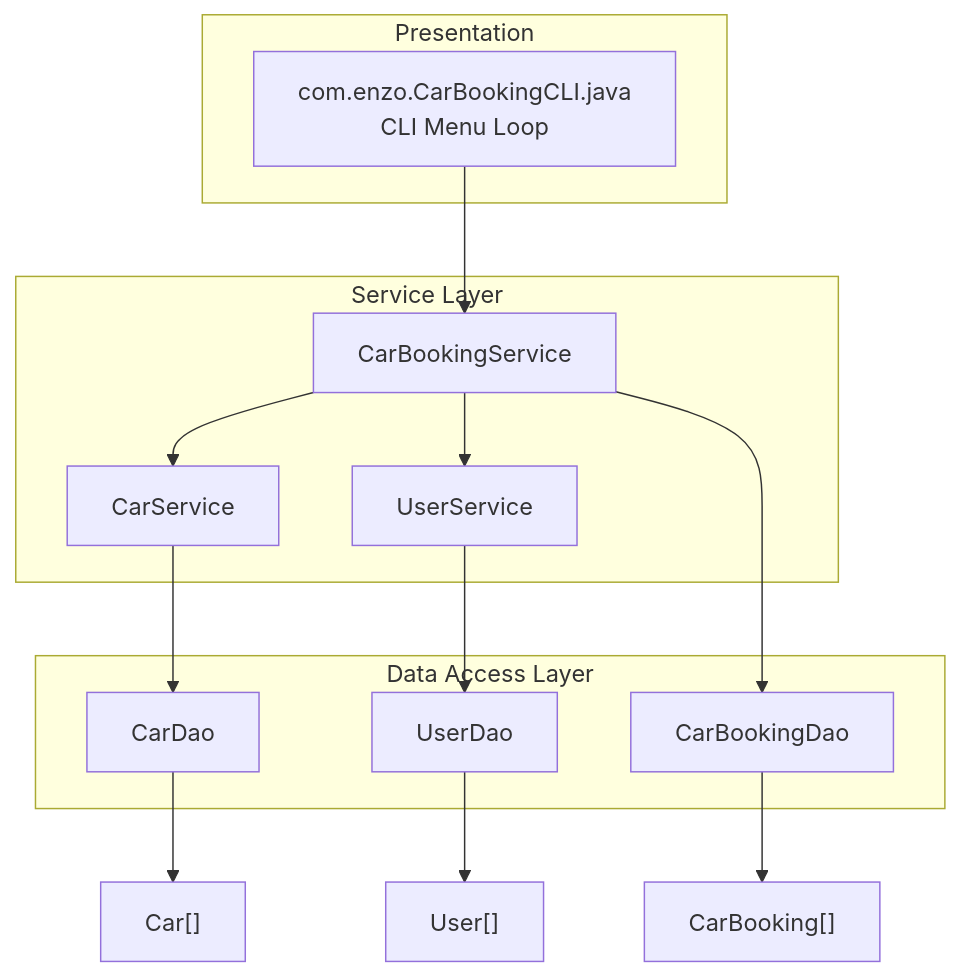
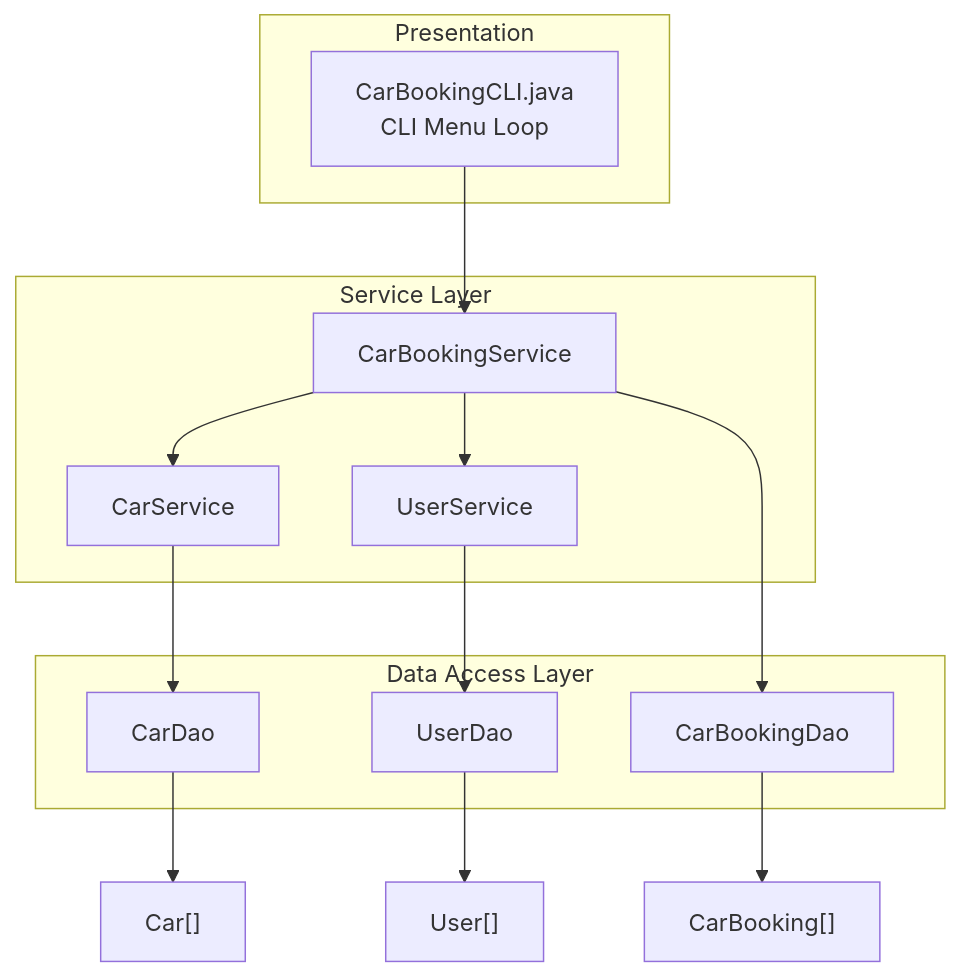
One commit to enzobbom/car-booking-cli changed the fifth of 10 diagrams in README.md. Above: the diagram before and after it, drawn with Mermaid. The commit also changed other lines of this file and 5 other files, not shown here.

````diff
--- a/README.md
+++ b/README.md
@@ -301,28 +301,28 @@
 ```mermaid
 graph TB
     subgraph Presentation
-        M[com.enzo.CarBookingCLI.java<br>CLI Menu Loop]
+        M[CarBookingCLI.java<br>CLI Menu Loop]
     end
 
     subgraph Service Layer
         CBS[CarBookingService]
         CS[CarService]
         US[UserService]
     end
 
     subgraph Data Access Layer
         CBD[CarBookingDao]
         CD[CarDao]
         UD[UserDao]
     end
 
     M --> CBS
     CBS --> CS
     CBS --> US
     CBS --> CBD
     CS --> CD
     US --> UD
     CBD --> BA["CarBooking[]"]
     CD --> CA["Car[]"]
     UD --> UA["User[]"]
 ```
````
